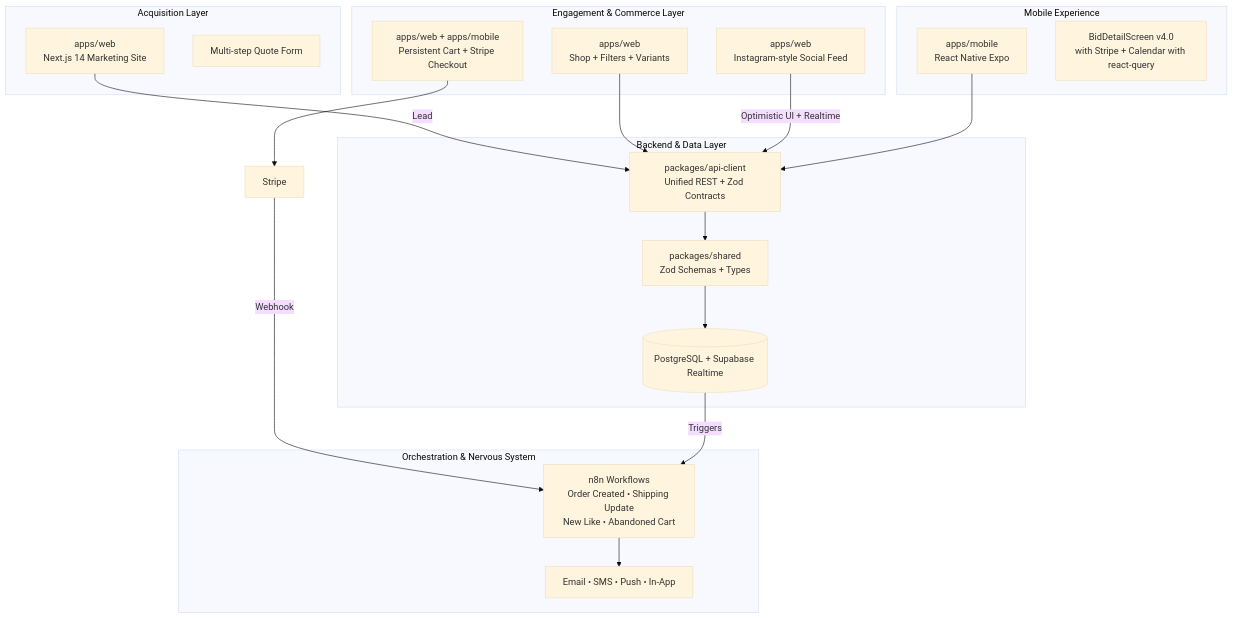
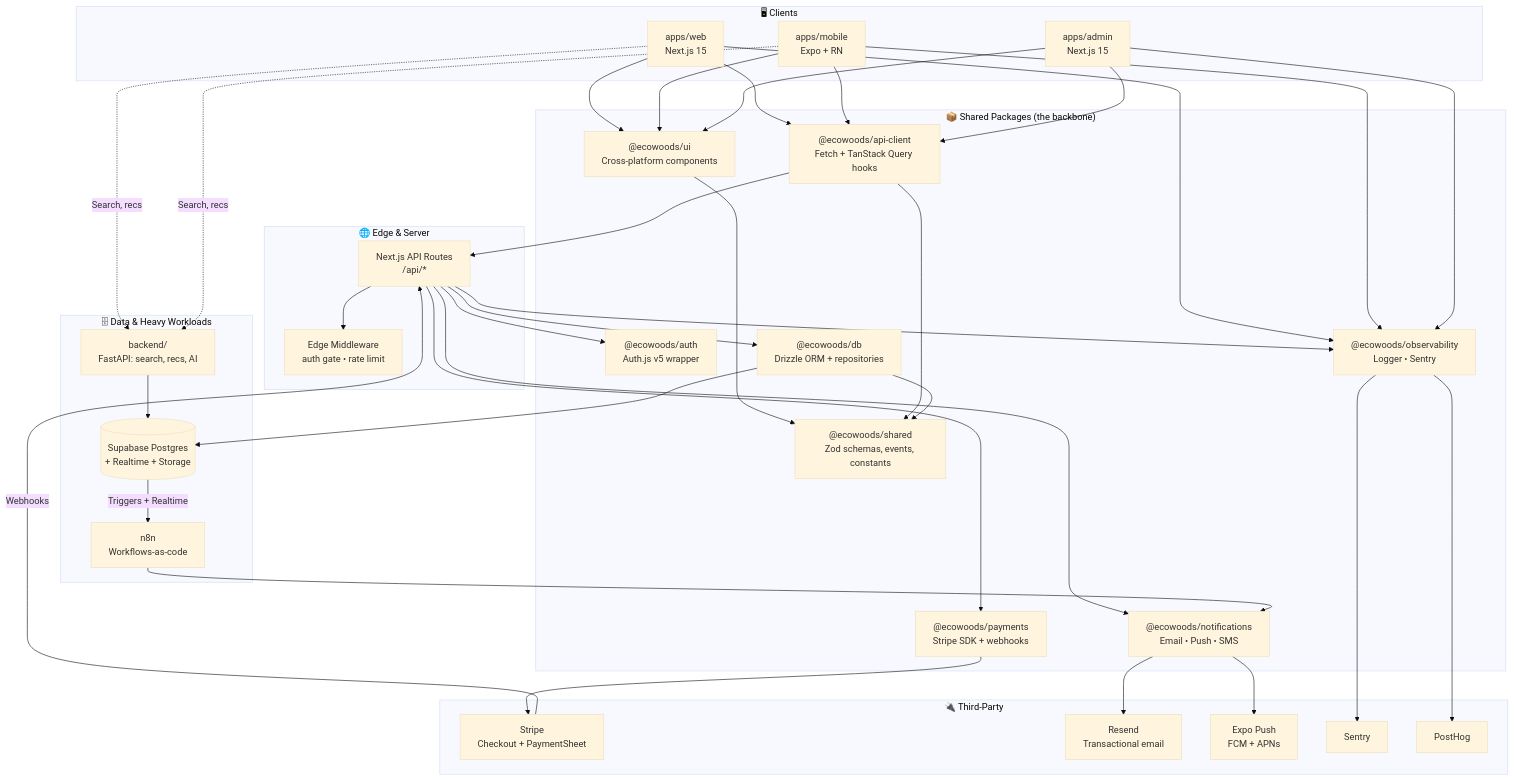
One commit to iceccarelli/ecowoods-app changed the first of 9 diagrams in README.md. Above: the diagram before and after it, drawn with Mermaid (base theme). The commit also changed other lines of this file, not shown here.

````diff
--- a/README.md
+++ b/README.md
@@ -46,69 +84,70 @@
 ```mermaid
-
-graph TD
-
-    subgraph "Acquisition Layer"
-
-        Marketing[apps/web<br/>Next.js 14 Marketing Site]
-
-        QuoteForm[Multi-step Quote Form]
-
+graph TB
+    subgraph Clients["🖥 Clients"]
+        Web["apps/web<br/>Next.js 15"]
+        Mobile["apps/mobile<br/>Expo + RN"]
+        Admin["apps/admin<br/>Next.js 15"]
     end
 
-    subgraph "Engagement & Commerce Layer"
-
-        Shop[apps/web<br/>Shop + Filters + Variants]
-
-        Feed[apps/web<br/>Instagram-style Social Feed]
-
-        Cart[apps/web + apps/mobile<br/>Persistent Cart + Stripe Checkout]
-
+    subgraph Shared["📦 Shared Packages (the backbone)"]
+        SharedPkg["@ecowoods/shared<br/>Zod schemas, events, constants"]
+        UI["@ecowoods/ui<br/>Cross-platform components"]
+        ApiClient["@ecowoods/api-client<br/>Fetch + TanStack Query hooks"]
+        Auth["@ecowoods/auth<br/>Auth.js v5 wrapper"]
+        Payments["@ecowoods/payments<br/>Stripe SDK + webhooks"]
+        DB["@ecowoods/db<br/>Drizzle ORM + repositories"]
+        Notif["@ecowoods/notifications<br/>Email • Push • SMS"]
+        Obs["@ecowoods/observability<br/>Logger • Sentry"]
     end
 
-    subgraph "Mobile Experience"
-
-        RN[apps/mobile<br/>React Native Expo]
-
-        RN_Screens[BidDetailScreen v4.0<br/>with Stripe + Calendar with react-query]
-
+    subgraph Edge["🌐 Edge & Server"]
+        NextAPI["Next.js API Routes<br/>/api/*"]
+        Middleware["Edge Middleware<br/>auth gate • rate limit"]
     end
 
-    subgraph "Backend & Data Layer"
-
-        API[packages/api-client<br/>Unified REST + Zod Contracts]
-
-        DB[(PostgreSQL + Supabase Realtime)]
-
-        Shared[packages/shared<br/>Zod Schemas + Types]
-
+    subgraph Data["🗄 Data & Heavy Workloads"]
+        Postgres[("Supabase Postgres<br/>+ Realtime + Storage")]
+        FastAPI["backend/<br/>FastAPI: search, recs, AI"]
+        N8N["n8n<br/>Workflows-as-code"]
     end
 
-    subgraph "Orchestration & Nervous System"
-
-        n8n[n8n Workflows<br/>Order Created • Shipping Update<br/>New Like • Abandoned Cart]
-
-        Notif[Email • SMS • Push • In-App]
-
+    subgraph External["🔌 Third-Party"]
+        Stripe["Stripe<br/>Checkout + PaymentSheet"]
+        Resend["Resend<br/>Transactional email"]
+        Expo["Expo Push<br/>FCM + APNs"]
+        Sentry["Sentry"]
+        PostHog["PostHog"]
     end
 
-    Marketing -->|Lead| API
-
-    Shop --> API
-
-    Feed -->|Optimistic UI + Realtime| API
-
-    Cart --> Stripe
-
-    Stripe -->|Webhook| n8n
-
-    n8n --> Notif
-
-    RN --> API
-
-    API --> Shared
-
-    Shared --> DB
-
-    DB -->|Triggers| n8n
-
+    Web --> ApiClient
+    Mobile --> ApiClient
+    Admin --> ApiClient
+    ApiClient --> NextAPI
+    NextAPI --> Middleware
+    NextAPI --> DB
+    DB --> Postgres
+    NextAPI --> Auth
+    NextAPI --> Payments
+    Payments --> Stripe
+    NextAPI --> Notif
+    Notif --> Resend
+    Notif --> Expo
+    Postgres -->|Triggers + Realtime| N8N
+    N8N --> Notif
+    Stripe -->|Webhooks| NextAPI
+    FastAPI --> Postgres
+    Web -.->|Search, recs| FastAPI
+    Mobile -.->|Search, recs| FastAPI
+    Web --> Obs
+    Mobile --> Obs
+    Admin --> Obs
+    NextAPI --> Obs
+    Obs --> Sentry
+    Obs --> PostHog
+    Web --> UI
+    Mobile --> UI
+    Admin --> UI
+    UI --> SharedPkg
+    ApiClient --> SharedPkg
+    DB --> SharedPkg
 ```
````
